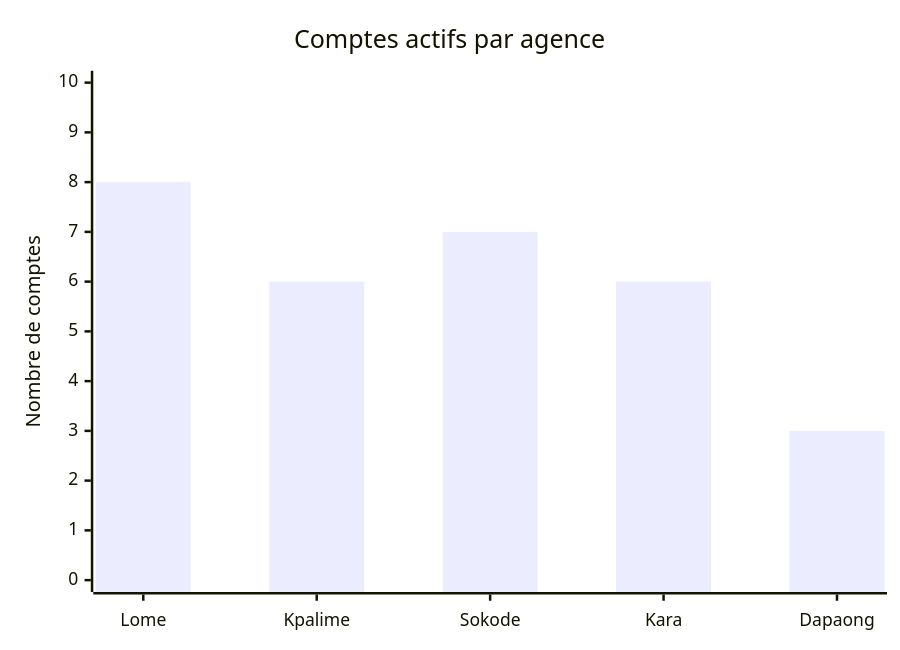
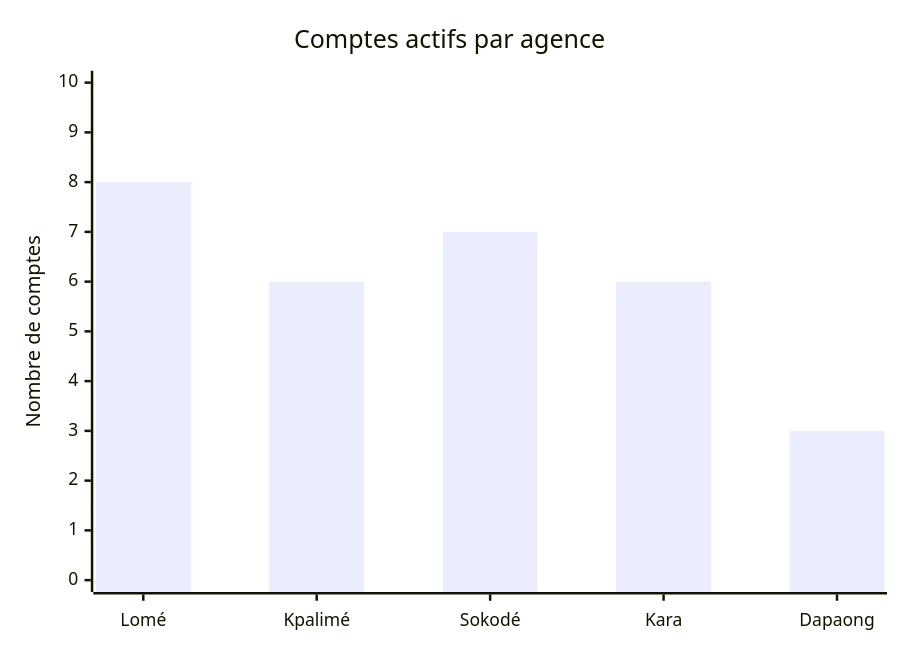
Before and after one commit to JosherenPro/projet_base_federee_DBA: the eighth of 10 diagrams in presentation/presentation.md, drawn with Mermaid. The commit also changed other lines of this file and 1 other file, not shown here.

````diff
--- a/presentation/presentation.md
+++ b/presentation/presentation.md
@@ -949,7 +914,7 @@
 ```mermaid
 xychart-beta
     title "Comptes actifs par agence"
-    x-axis ["Lome", "Kpalime", "Sokode", "Kara", "Dapaong"]
+    x-axis ["Lomé", "Kpalimé", "Sokodé", "Kara", "Dapaong"]
     y-axis "Nombre de comptes" 0 --> 10
     bar [8, 6, 7, 6, 3]
 ```
````
